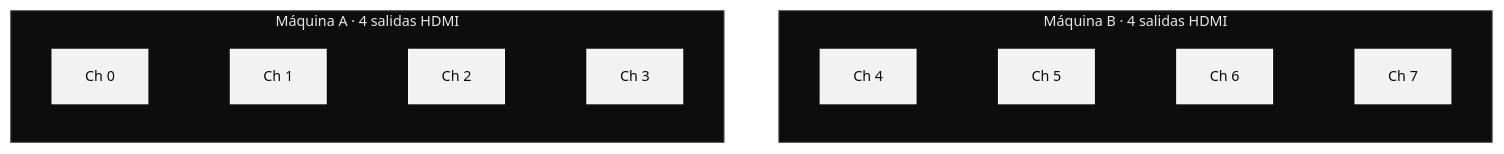
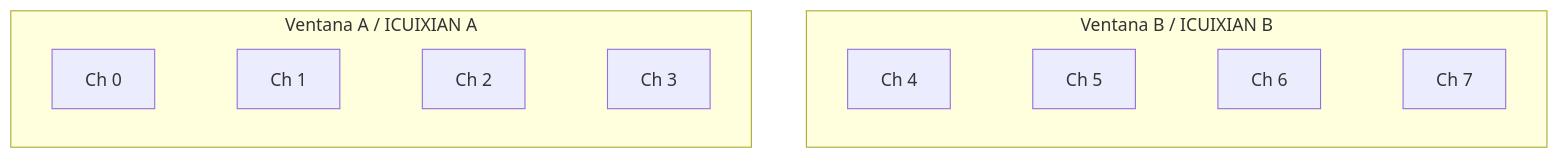
Before and after one commit to Lessnullvoid/Partitura_del_Juego: the second of 8 diagrams in README.md, drawn with Mermaid. The commit also changed other lines of this file and 50 other files, not shown here.

````diff
--- a/README.md
+++ b/README.md
@@ -75,16 +39,12 @@
 ```mermaid
-%%{init: {"theme":"base","themeVariables":{"fontFamily":"ui-monospace, SFMono-Regular, Menlo, monospace","fontSize":"13px","primaryColor":"#141414","primaryTextColor":"#e8e8e8","primaryBorderColor":"#707070","lineColor":"#8a8a8a","clusterBkg":"#0d0d0d","clusterBorder":"#3d3d3d","titleColor":"#e8e8e8"}}}%%
 flowchart LR
-    subgraph BA["Máquina A · 4 salidas HDMI"]
+    subgraph BA["Ventana A / ICUIXIAN A"]
         direction LR
         P0["Ch 0"] ~~~ P1["Ch 1"] ~~~ P2["Ch 2"] ~~~ P3["Ch 3"]
     end
-    subgraph BB["Máquina B · 4 salidas HDMI"]
+    subgraph BB["Ventana B / ICUIXIAN B"]
         direction LR
         P4["Ch 4"] ~~~ P5["Ch 5"] ~~~ P6["Ch 6"] ~~~ P7["Ch 7"]
     end
     BA ~~~ BB
-
-    classDef out fill:#f2f2f2,stroke:#ffffff,color:#0a0a0a
-    class P0,P1,P2,P3,P4,P5,P6,P7 out
 ```
````
